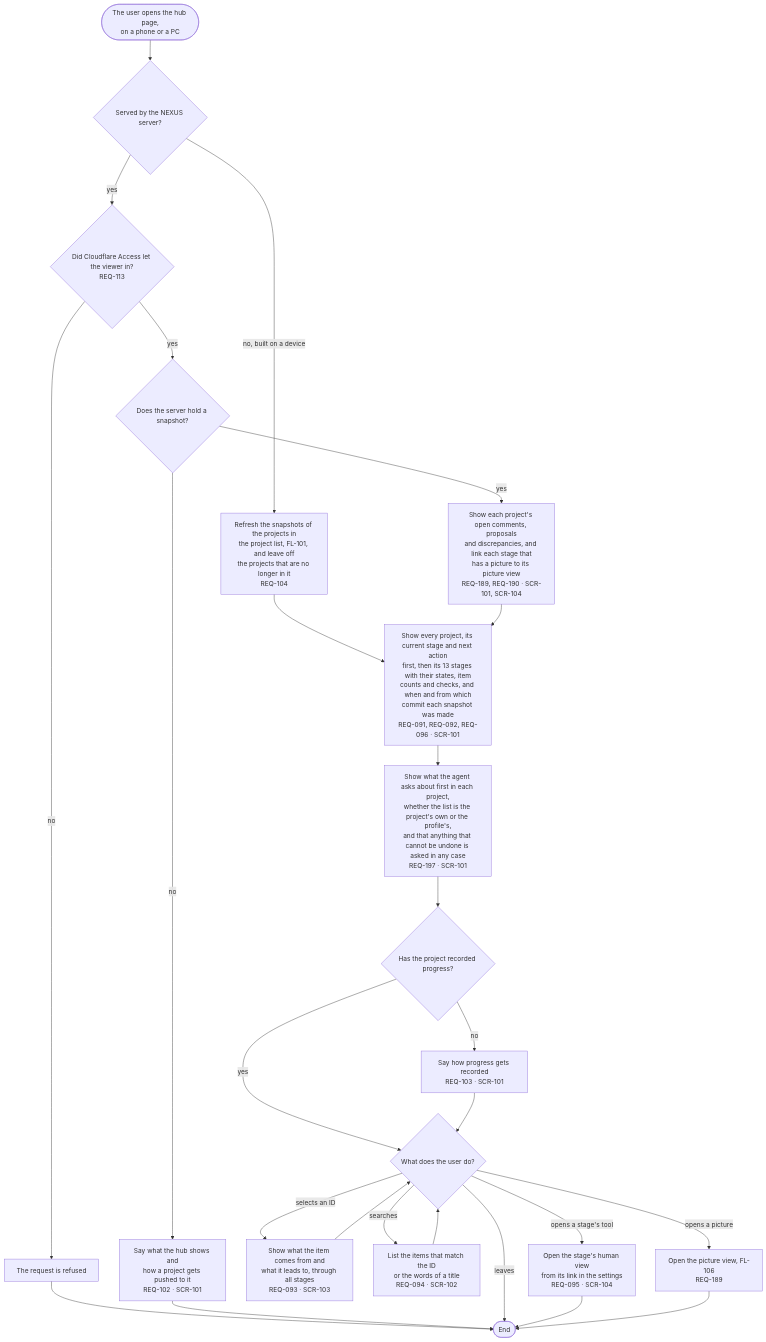
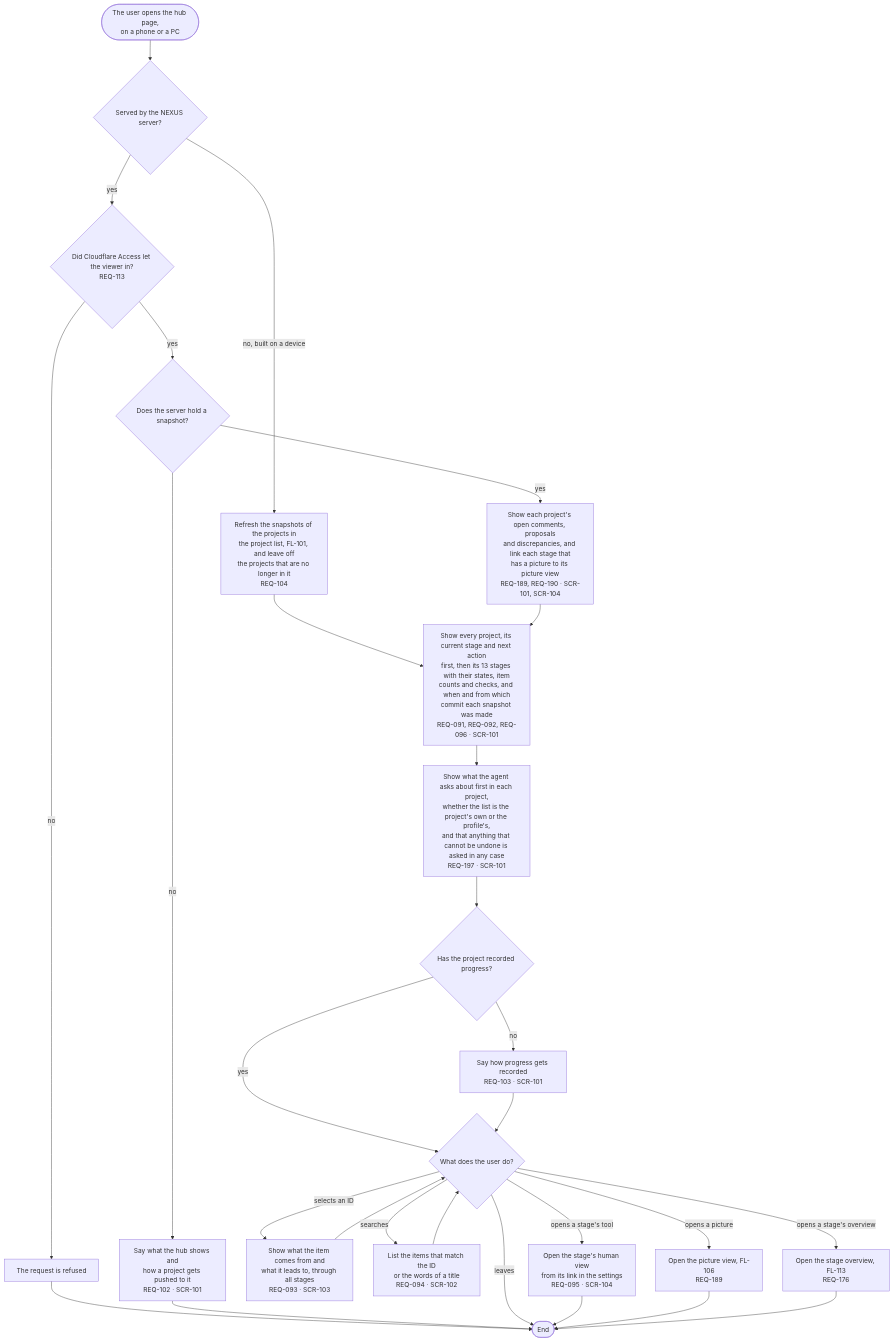
Before and after one commit to kodonghui/corthex-nexus: the diagram in docs/03-user-flow/nexus/FL-105-see-the-hub-page.md, drawn with Mermaid. The commit also changed other lines of this file and 33 other files, not shown here.

````diff
--- a/docs/03-user-flow/nexus/FL-105-see-the-hub-page.md
+++ b/docs/03-user-flow/nexus/FL-105-see-the-hub-page.md
@@ -9,28 +9,30 @@
 ```mermaid
 flowchart TD
   A(["The user opens the hub page,<br/>on a phone or a PC"]) --> B{"Served by the NEXUS server?"}
   B -->|no, built on a device| C["Refresh the snapshots of the projects in<br/>the project list, FL-101, and leave off<br/>the projects that are no longer in it<br/>REQ-104"]
   B -->|yes| D{"Did Cloudflare Access let the viewer in?<br/>REQ-113"}
   D -->|no| D1["The request is refused"]
   D1 --> Z(["End"])
   D -->|yes| E{"Does the server hold a snapshot?"}
   E -->|no| E1["Say what the hub shows and<br/>how a project gets pushed to it<br/>REQ-102 · SCR-101"]
   E1 --> Z
   E -->|yes| F["Show each project's open comments, proposals<br/>and discrepancies, and link each stage that<br/>has a picture to its picture view<br/>REQ-189, REQ-190 · SCR-101, SCR-104"]
   C --> G
   F --> G["Show every project, its current stage and next action<br/>first, then its 13 stages with their states, item<br/>counts and checks, and when and from which<br/>commit each snapshot was made<br/>REQ-091, REQ-092, REQ-096 · SCR-101"]
   G --> G1["Show what the agent asks about first in each project,<br/>whether the list is the project's own or the profile's,<br/>and that anything that cannot be undone is asked in any case<br/>REQ-197 · SCR-101"]
   G1 --> H{"Has the project recorded progress?"}
   H -->|no| H1["Say how progress gets recorded<br/>REQ-103 · SCR-101"]
   H -->|yes| I
   H1 --> I{"What does the user do?"}
   I -->|selects an ID| J["Show what the item comes from and<br/>what it leads to, through all stages<br/>REQ-093 · SCR-103"]
   I -->|searches| K["List the items that match the ID<br/>or the words of a title<br/>REQ-094 · SCR-102"]
   I -->|opens a stage's tool| L["Open the stage's human view<br/>from its link in the settings<br/>REQ-095 · SCR-104"]
   I -->|opens a picture| M["Open the picture view, FL-106<br/>REQ-189"]
+  I -->|opens a stage's overview| N["Open the stage overview, FL-113<br/>REQ-176"]
   I -->|leaves| Z
   J --> I
   K --> I
   L --> Z
   M --> Z
+  N --> Z
 ```
````
